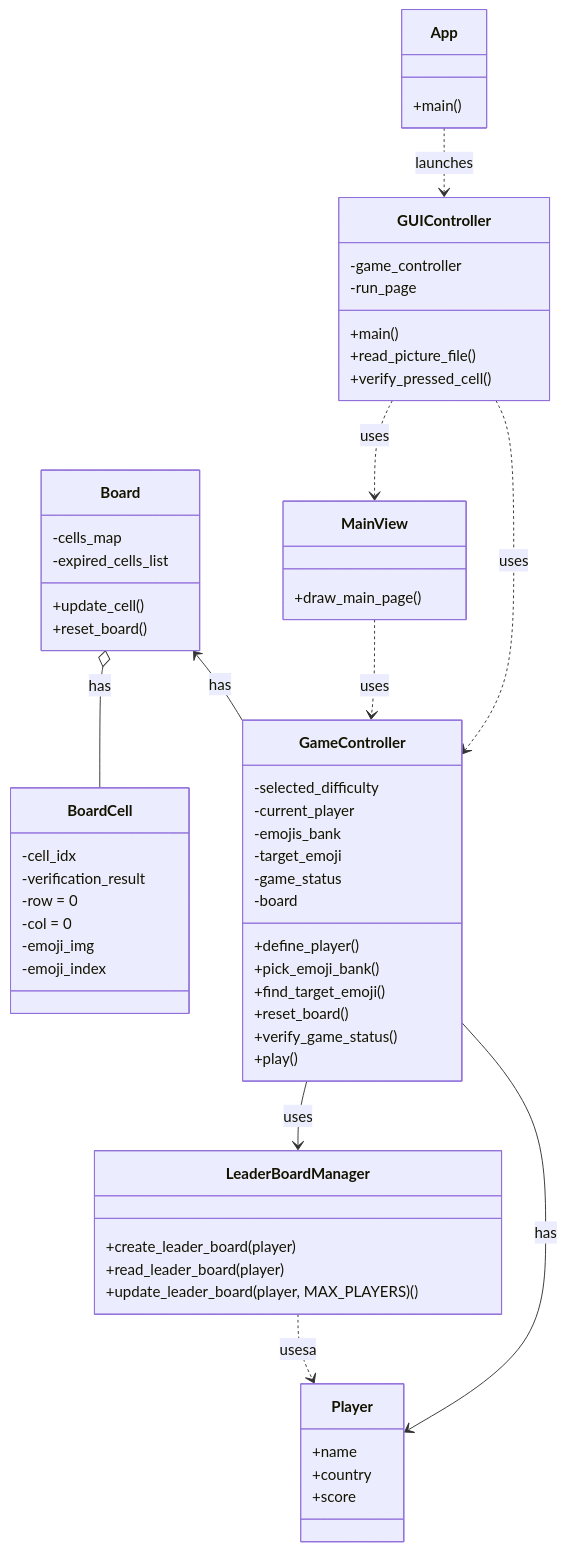
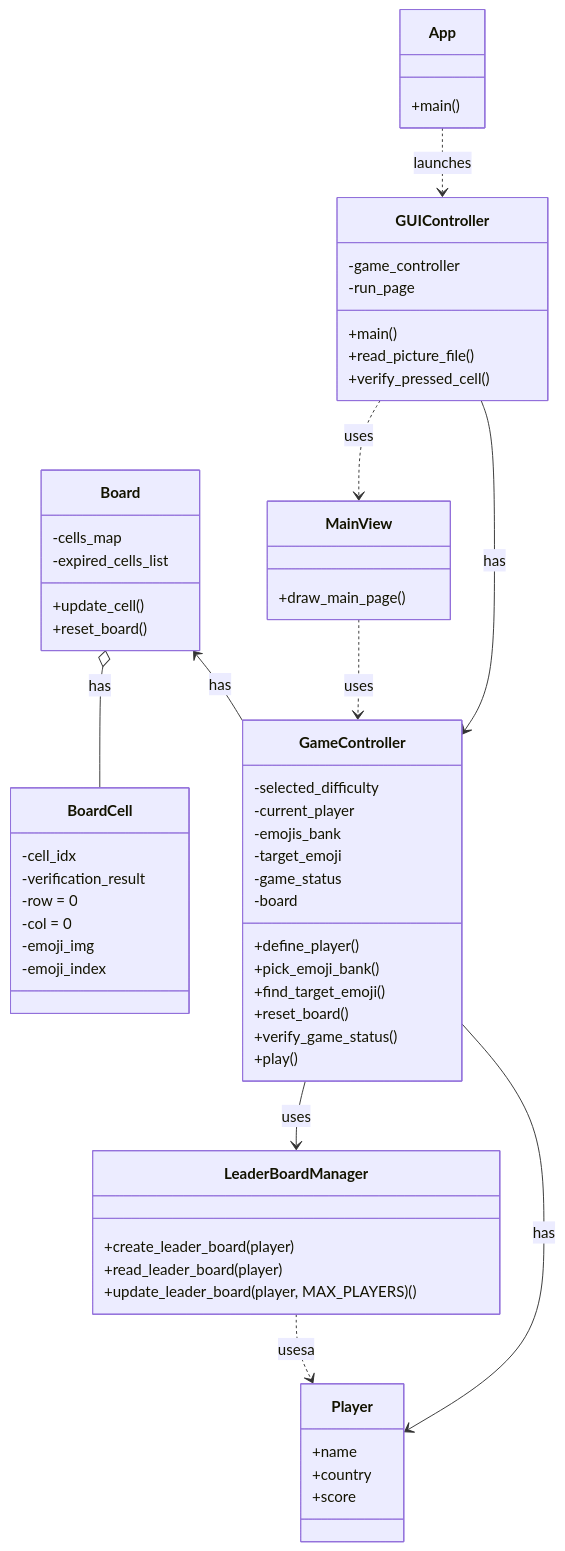
Before and after one commit to 300CIS017-Object-Oriented-Programming/9.-pixmatch_refactor: the diagram in README.md, drawn with Mermaid.

Commit message:
MOD Actualiza nombre del diagrama

````diff
--- a/README.md
+++ b/README.md
@@ -37,64 +37,64 @@
 ```mermaid
 classDiagram
     class GameController {
         -selected_difficulty
         -current_player
         -emojis_bank
         -target_emoji
         -game_status
         -board
         +define_player()
         +pick_emoji_bank()
         +find_target_emoji()
         +reset_board()
         +verify_game_status()
         +play()
     }
     class GUIController {
         -game_controller
         -run_page
         +main()
         +read_picture_file()
         +verify_pressed_cell()
     }
     class Board {
         -cells_map
         -expired_cells_list
         +update_cell()
         +reset_board()
     }
     class BoardCell {
         -cell_idx
         -verification_result
         -row = 0
         -col = 0
         -emoji_img
         -emoji_index 
     }
     class LeaderBoardManager {
         +create_leader_board(player)
         +read_leader_board(player)
         +update_leader_board(player, MAX_PLAYERS)()
     }
     class Player {
         +name
         +country
         +score
     }
     class MainView {
         +draw_main_page()
     }
     class App {
         +main()
     }
-    GUIController ..> GameController : uses
+    GUIController --> GameController : has
     Board <-- GameController : has
     Board o-- BoardCell : has
     GameController --> Player : has
     GameController --> LeaderBoardManager : uses
     LeaderBoardManager ..> Player : usesa
     MainView ..> GameController : uses
     GUIController ..> MainView : uses
     App ..> GUIController : launches
 
 ```
````
